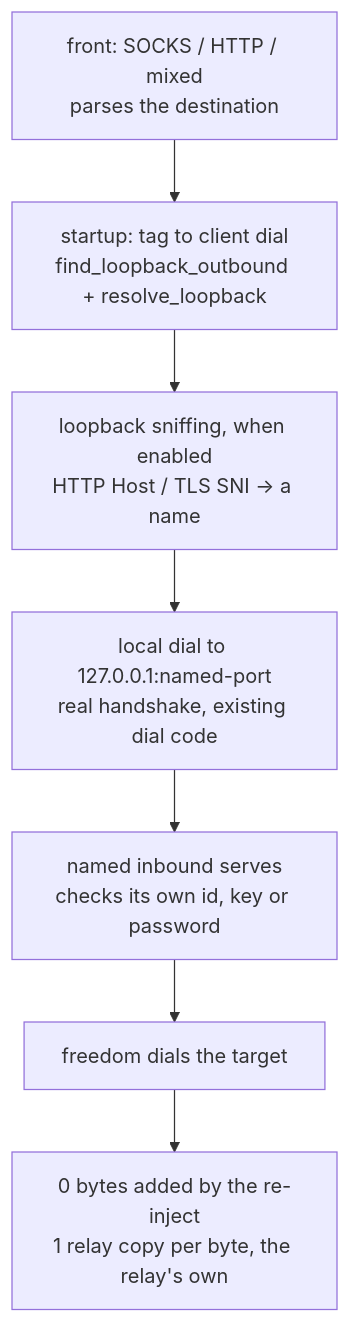
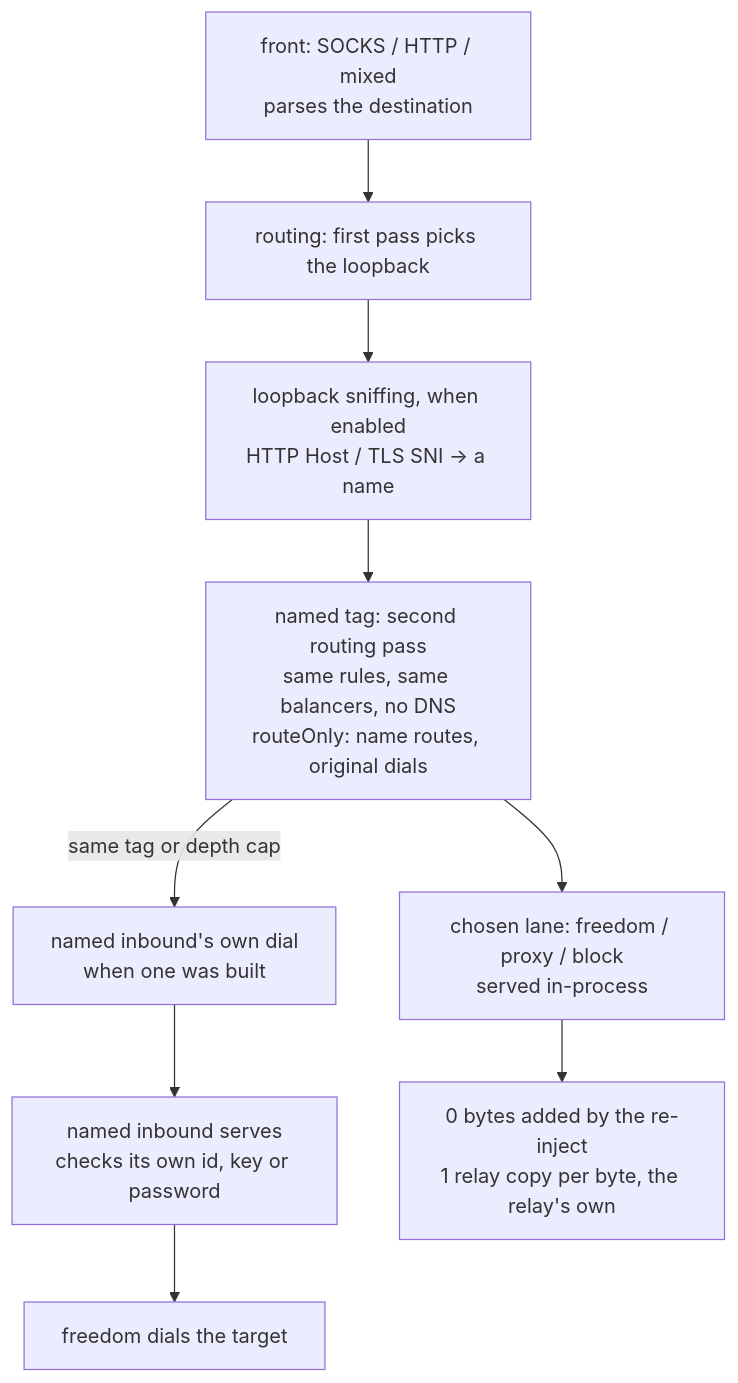
The diagram in docs/function/loopback.md (Ferrocite/ferrox), drawn with Mermaid before and after one commit. The commit also changed other lines of this file and 8 other files, not shown here.

First line of the commit message:
loopback: run the named inbound's second routing pass (row 30) (#1469)

````diff
--- a/docs/function/loopback.md
+++ b/docs/function/loopback.md
@@ -11,9 +13,11 @@
 ```mermaid
 graph TD
-    C["front: SOCKS / HTTP / mixed<br/>parses the destination"] --> R["startup: tag to client dial<br/>find_loopback_outbound + resolve_loopback"]
+    C["front: SOCKS / HTTP / mixed<br/>parses the destination"] --> R["routing: first pass picks the loopback"]
     R --> N["loopback sniffing, when enabled<br/>HTTP Host / TLS SNI → a name"]
-    N --> L["local dial to 127.0.0.1:named-port<br/>real handshake, existing dial code"]
-    L --> S["named inbound serves<br/>checks its own id, key or password"]
+    N --> P["named tag: second routing pass<br/>same rules, same balancers, no DNS<br/>routeOnly: name routes, original dials"]
+    P --> O["chosen lane: freedom / proxy / block<br/>served in-process"]
+    P -->|same tag or depth cap| D["named inbound's own dial<br/>when one was built"]
+    D --> S["named inbound serves<br/>checks its own id, key or password"]
     S --> F["freedom dials the target"]
-    F --> Z["0 bytes added by the re-inject<br/>1 relay copy per byte, the relay's own"]
+    O --> Z["0 bytes added by the re-inject<br/>1 relay copy per byte, the relay's own"]
 ```
````
